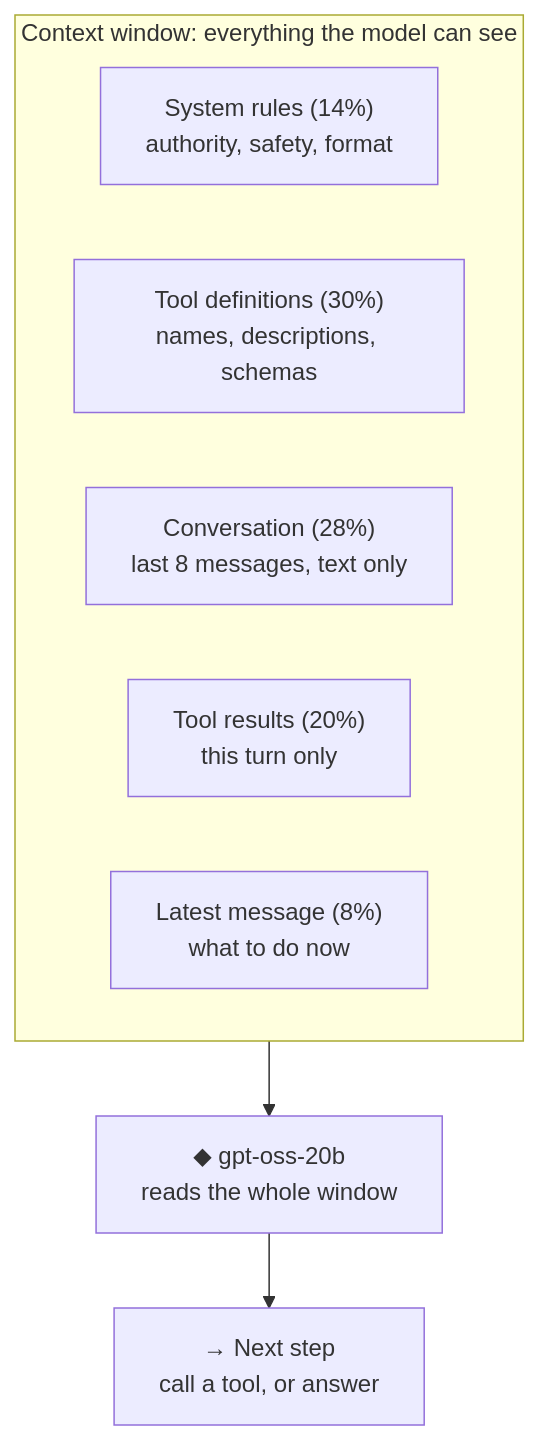
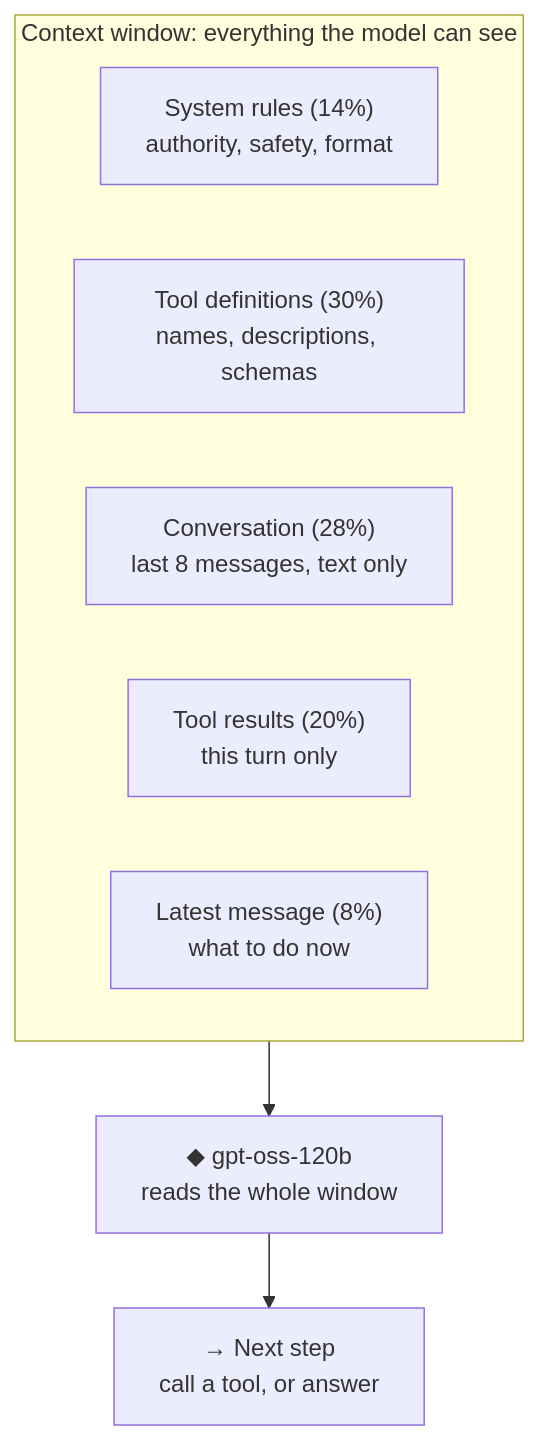
One commit to awbauer/agentic-marketing-demo changed the first of 32 diagrams in docs/learn-google-cloud.md. Above: the diagram before and after it, drawn with Mermaid. The commit also changed other lines of this file and 22 other files, not shown here.

````diff
--- a/docs/learn-google-cloud.md
+++ b/docs/learn-google-cloud.md
@@ -62,15 +62,15 @@
 ```mermaid
 flowchart TB
   subgraph context_window0_window["Context window: everything the model can see"]
     direction LR
     context_window0_s0["System rules (14%)<br/>authority, safety, format"]
     context_window0_s1["Tool definitions (30%)<br/>names, descriptions, schemas"]
     context_window0_s2["Conversation (28%)<br/>last 8 messages, text only"]
     context_window0_s3["Tool results (20%)<br/>this turn only"]
     context_window0_s4["Latest message (8%)<br/>what to do now"]
   end
-  context_window0_0["◆ gpt-oss-20b<br/>reads the whole window"]
+  context_window0_0["◆ gpt-oss-120b<br/>reads the whole window"]
   context_window0_1["→ Next step<br/>call a tool, or answer"]
   context_window0_0 --> context_window0_1
   context_window0_window --> context_window0_0
 ```
````
